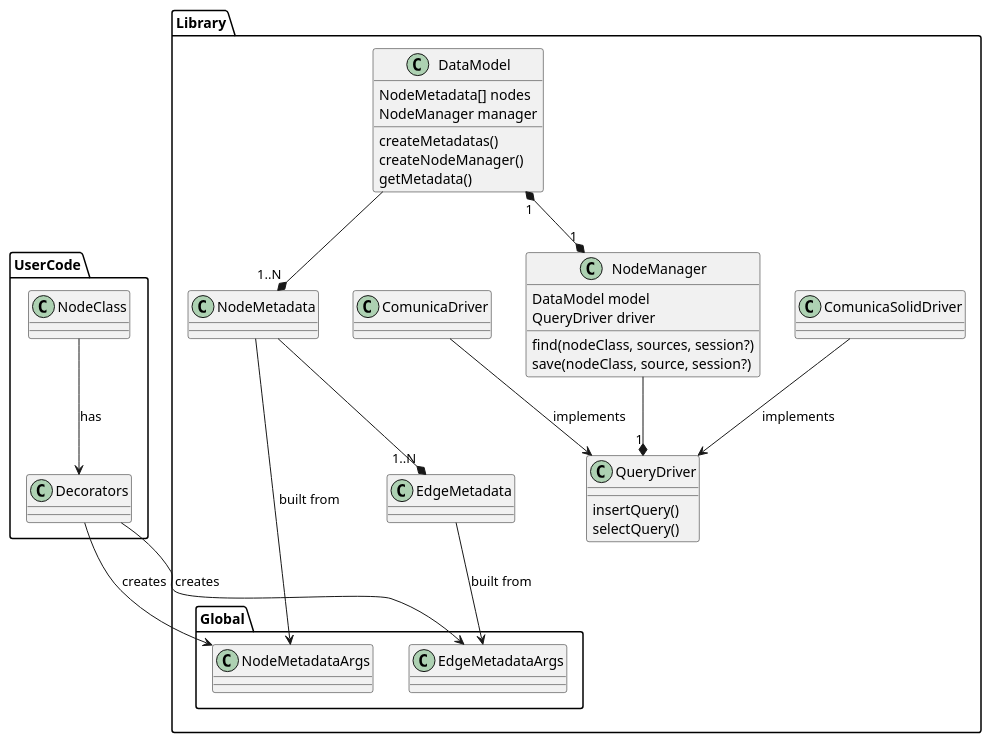
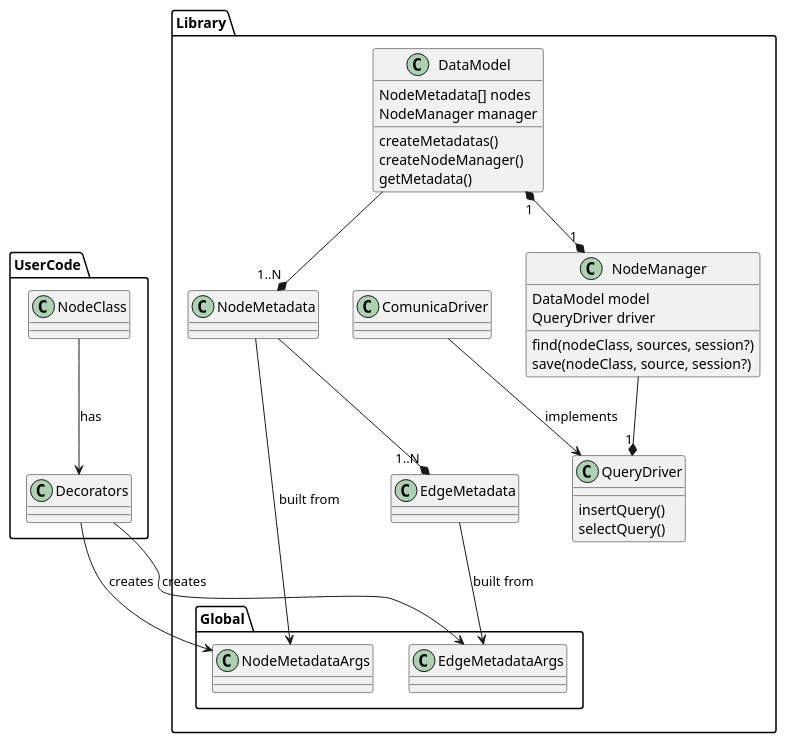
Before and after one commit to remodietlicher/graphorm: the diagram in doc/uml.puml, drawn with PlantUML. The commit also changed 10 other files, not shown here.

Commit message:
separate query run and build, remove non-solid comunica driver

```diff
--- a/doc/uml.puml
+++ b/doc/uml.puml
@@ -1,54 +1,52 @@
 @startuml graphorm
 
 namespace Library {
 
     class QueryDriver {
         insertQuery()
         selectQuery()
     }
     class ComunicaDriver
-    class ComunicaSolidDriver
 
     class DataModel {
         NodeMetadata[] nodes
         NodeManager manager
         createMetadatas()
         createNodeManager()
         getMetadata()
     }
     class NodeManager {
         DataModel model
         QueryDriver driver
         find(nodeClass, sources, session?)
         save(nodeClass, source, session?)
     }
     class NodeMetadata
     class EdgeMetadata
 
     namespace Global {
         class NodeMetadataArgs
         class EdgeMetadataArgs
     }
 }
 
 namespace UserCode {
     class Decorators
     class NodeClass
 }
 
-Library.ComunicaSolidDriver --> Library.QueryDriver: implements
 Library.ComunicaDriver --> Library.QueryDriver: implements
 
 Library.DataModel --* "1..N" Library.NodeMetadata
 Library.DataModel "1" *--* "1" Library.NodeManager
 Library.NodeManager --* "1" Library.QueryDriver
 
 Library.NodeMetadata --> Library.Global.NodeMetadataArgs: built from
 Library.NodeMetadata --* "1..N" Library.EdgeMetadata
 
 Library.EdgeMetadata --> Library.Global.EdgeMetadataArgs: built from
 
 UserCode.NodeClass --> UserCode.Decorators: has
 UserCode.Decorators --> Library.Global.NodeMetadataArgs: creates
 UserCode.Decorators --> Library.Global.EdgeMetadataArgs: creates
 @enduml
```
